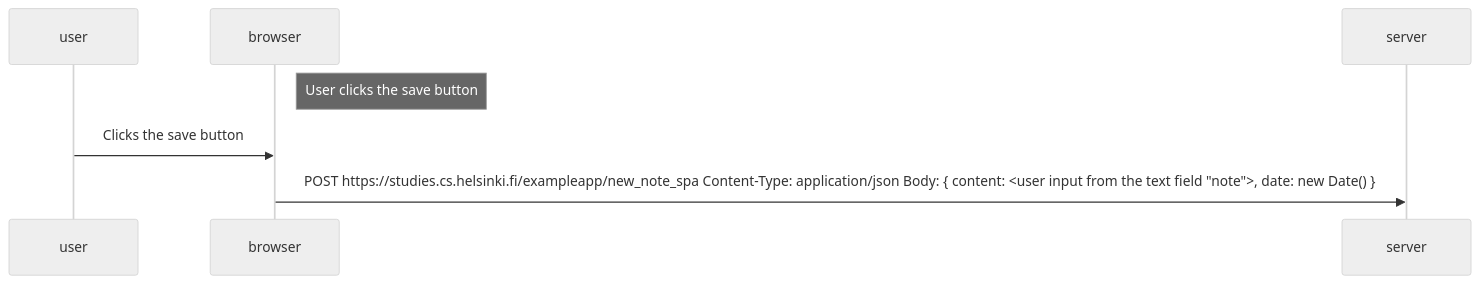
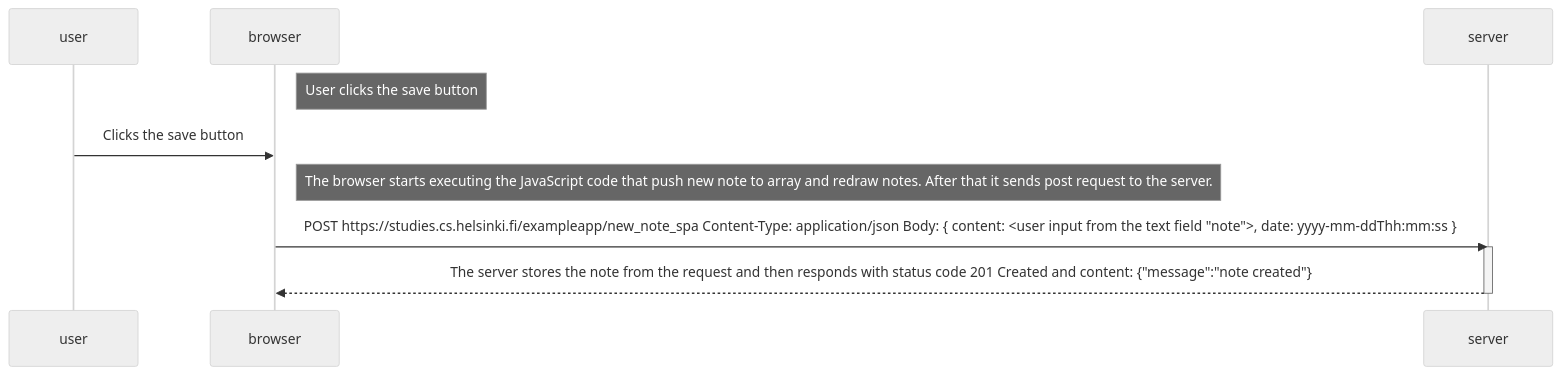
Before and after one commit to JuhKukko/fullstack-helsinki-university: the third of 3 diagrams in part0/README.md, drawn with Mermaid (neutral theme).

````diff
--- a/part0/README.md
+++ b/part0/README.md
@@ -74,10 +74,17 @@
 ```mermaid
 sequenceDiagram
     participant user
     participant browser
     participant server
 
     Note right of browser: User clicks the save button
     user->>browser: Clicks the save button
-    browser->>server: POST https://studies.cs.helsinki.fi/exampleapp/new_note_spa Content-Type: application/json Body:  { content: <user input from the text field "note">, date: new Date() }
+
+    Note right of browser: The browser starts executing the JavaScript code that push new note to array and redraw notes. After that it sends post request to the server.
+
+    browser->>server: POST https://studies.cs.helsinki.fi/exampleapp/new_note_spa Content-Type: application/json Body:  { content: <user input from the text field "note">, date: yyyy-mm-ddThh:mm:ss }
+
+    activate server
+    server-->>browser: The server stores the note from the request and then responds with status code 201 Created and content: {"message":"note created"}
+    deactivate server
 ```
````
